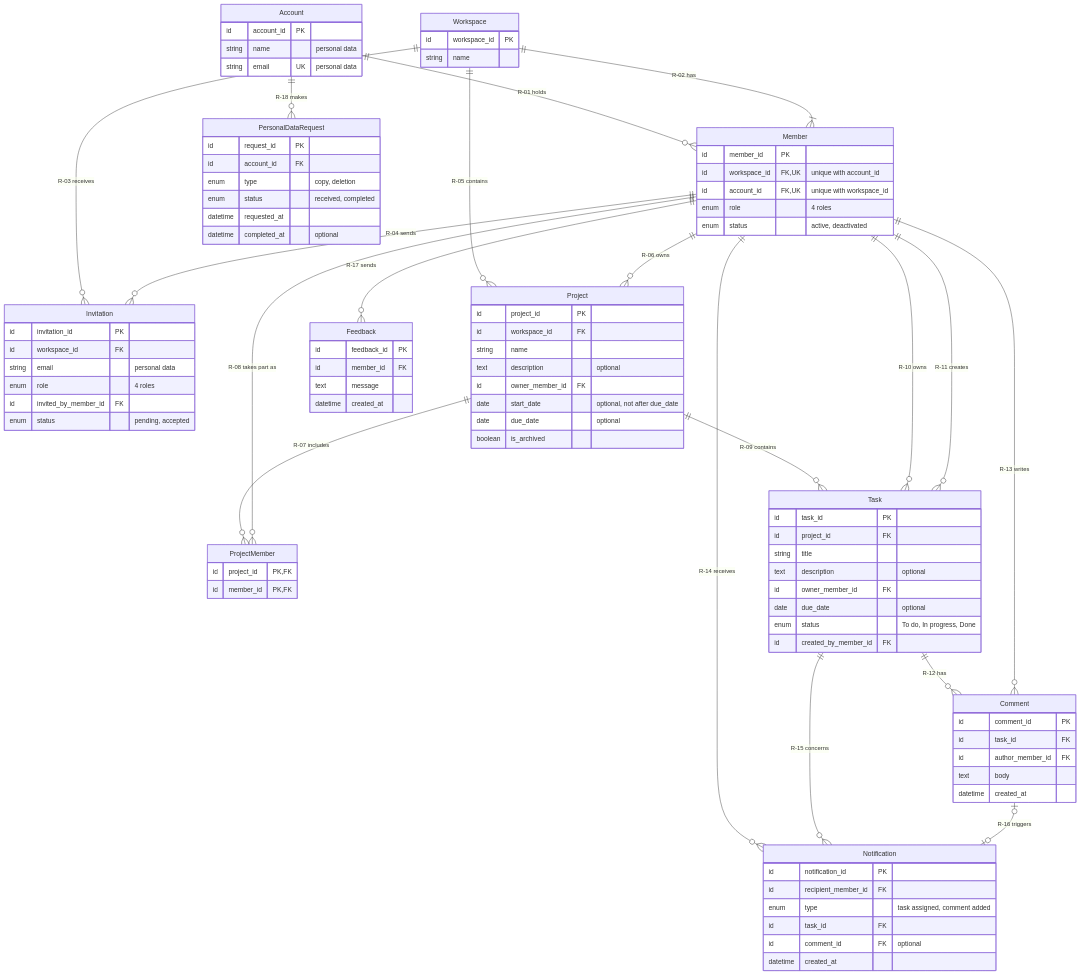
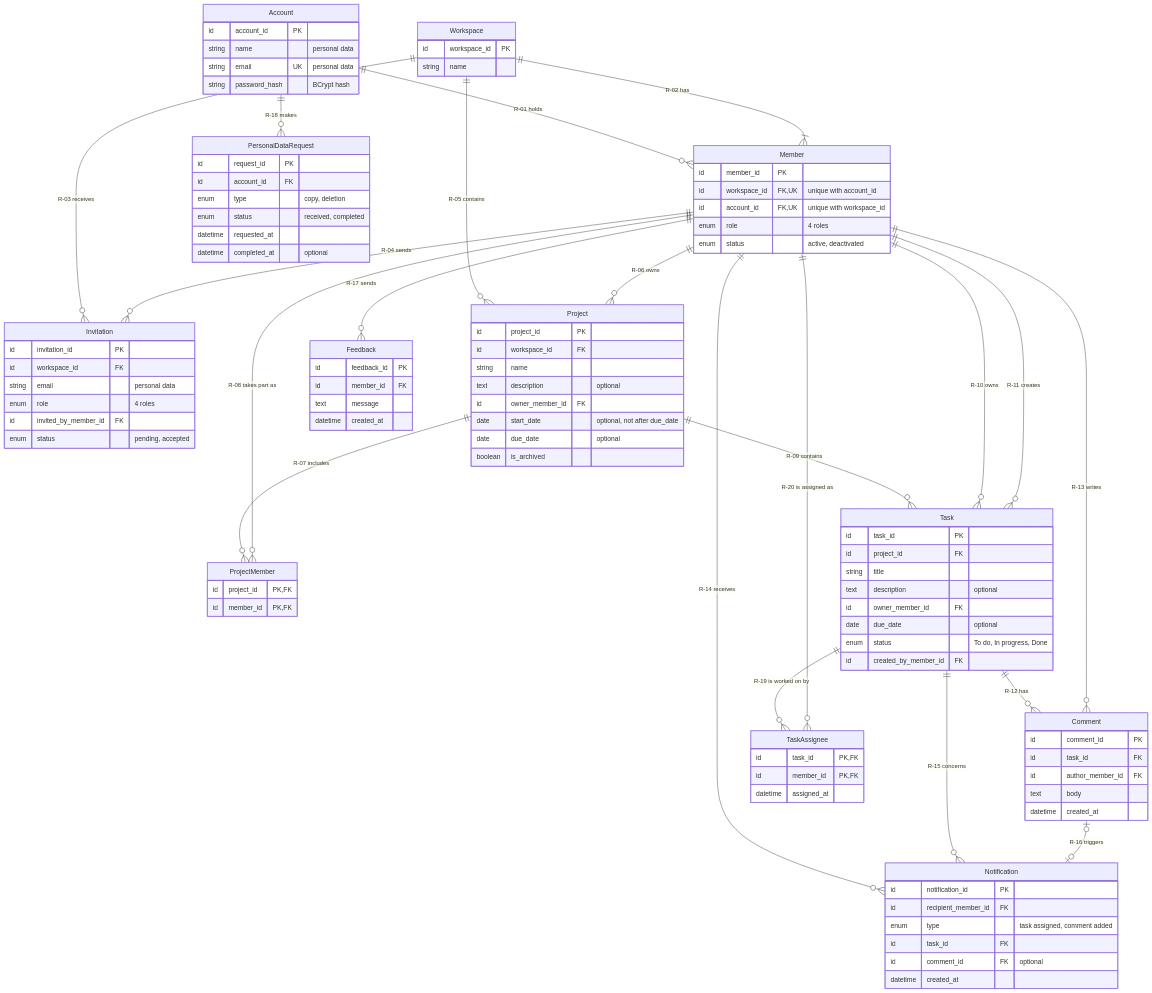
One commit to rafaelar27/matriz changed the diagram in docs/database-diagram.md. Above: the diagram before and after it, drawn with Mermaid. The commit also changed 7 other files, not shown here.

```diff
--- a/docs/database-diagram.md
+++ b/docs/database-diagram.md
@@ -22,11 +22,14 @@
     Comment |o--o| Notification : "R-16 triggers"
     Member ||--o{ Feedback : "R-17 sends"
     Account ||--o{ PersonalDataRequest : "R-18 makes"
+    Task ||--o{ TaskAssignee : "R-19 is worked on by"
+    Member ||--o{ TaskAssignee : "R-20 is assigned as"
 
     Account {
         id account_id PK
         string name "personal data"
         string email UK "personal data"
+        string password_hash "BCrypt hash"
     }
     Workspace {
         id workspace_id PK
@@ -71,6 +74,11 @@
         enum status "To do, In progress, Done"
         id created_by_member_id FK
     }
+    TaskAssignee {
+        id task_id PK, FK
+        id member_id PK, FK
+        datetime assigned_at
+    }
     Comment {
         id comment_id PK
         id task_id FK
```
